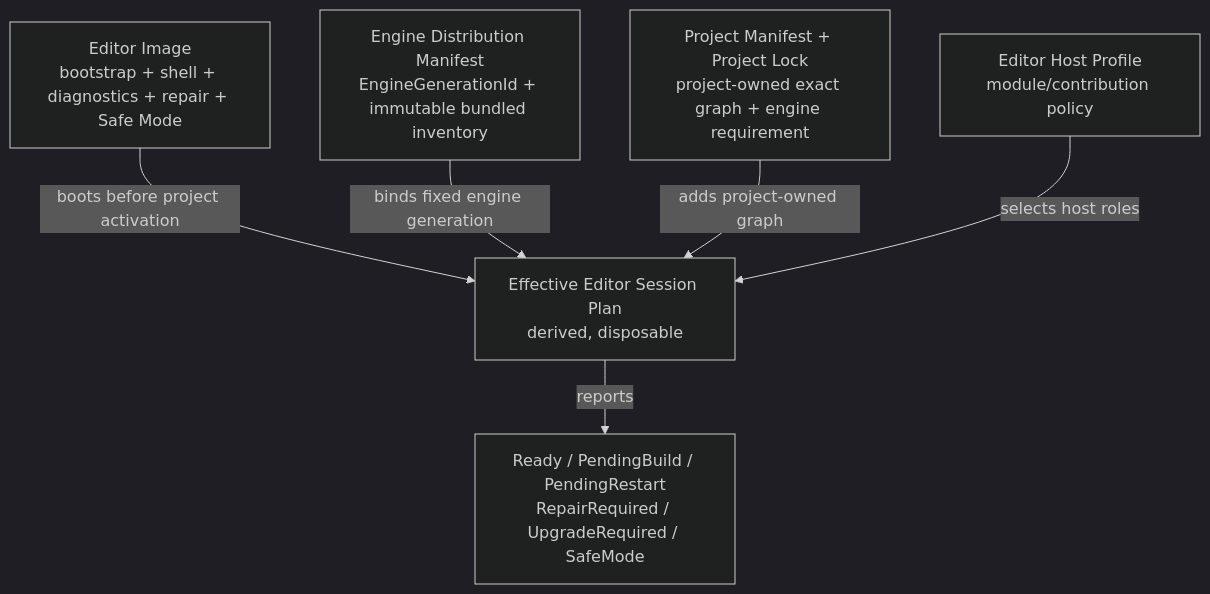
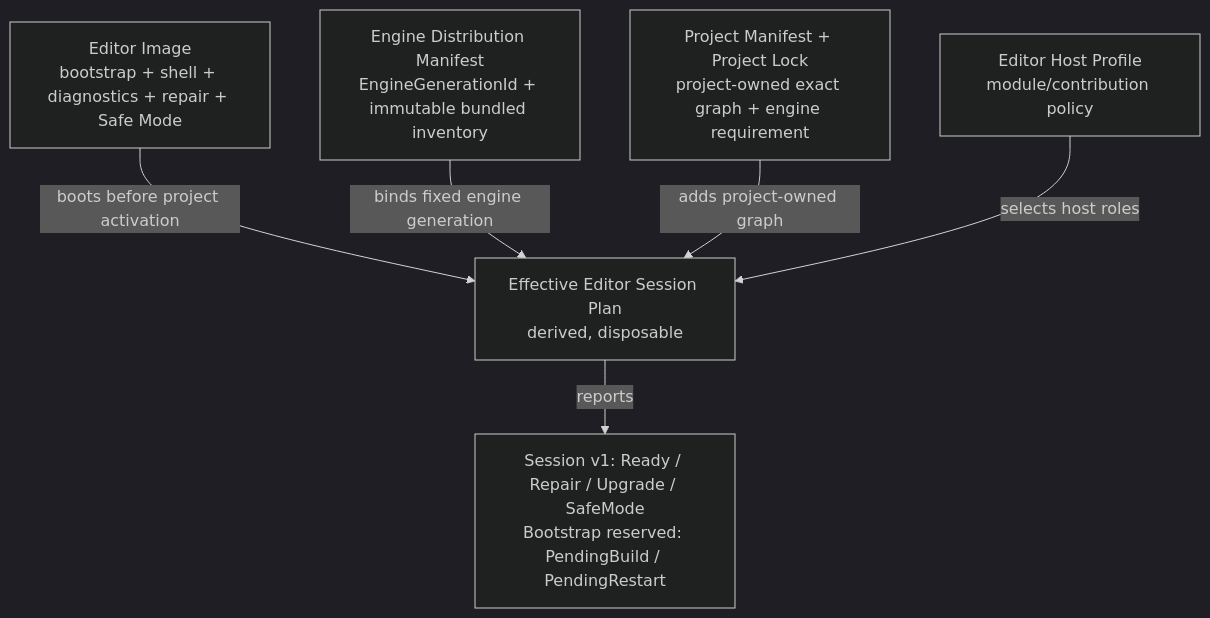
Before and after one commit to 66six11/Engine: the diagram in docs/architecture/adr-editor-engine-distribution-and-native-composition.md, drawn with Mermaid (dark theme). The commit also changed other lines of this file and 24 other files, not shown here.

````diff
--- a/docs/architecture/adr-editor-engine-distribution-and-native-composition.md
+++ b/docs/architecture/adr-editor-engine-distribution-and-native-composition.md
@@ -61,15 +61,15 @@
 ```mermaid
 flowchart TB
     Image["Editor Image<br/>bootstrap + shell + diagnostics + repair + Safe Mode"]
     Distribution["Engine Distribution Manifest<br/>EngineGenerationId + immutable bundled inventory"]
     Project["Project Manifest + Project Lock<br/>project-owned exact graph + engine requirement"]
     Profile["Editor Host Profile<br/>module/contribution policy"]
     Session["Effective Editor Session Plan<br/>derived, disposable"]
-    State["Ready / PendingBuild / PendingRestart<br/>RepairRequired / UpgradeRequired / SafeMode"]
+    State["Session v1: Ready / Repair / Upgrade / SafeMode<br/>Bootstrap reserved: PendingBuild / PendingRestart"]
 
     Image -->|"boots before project activation"| Session
     Distribution -->|"binds fixed engine generation"| Session
     Project -->|"adds project-owned graph"| Session
     Profile -->|"selects host roles"| Session
     Session -->|"reports"| State
 ```
````
